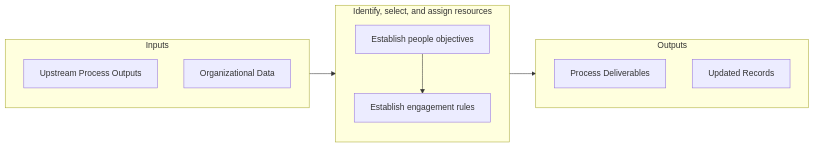
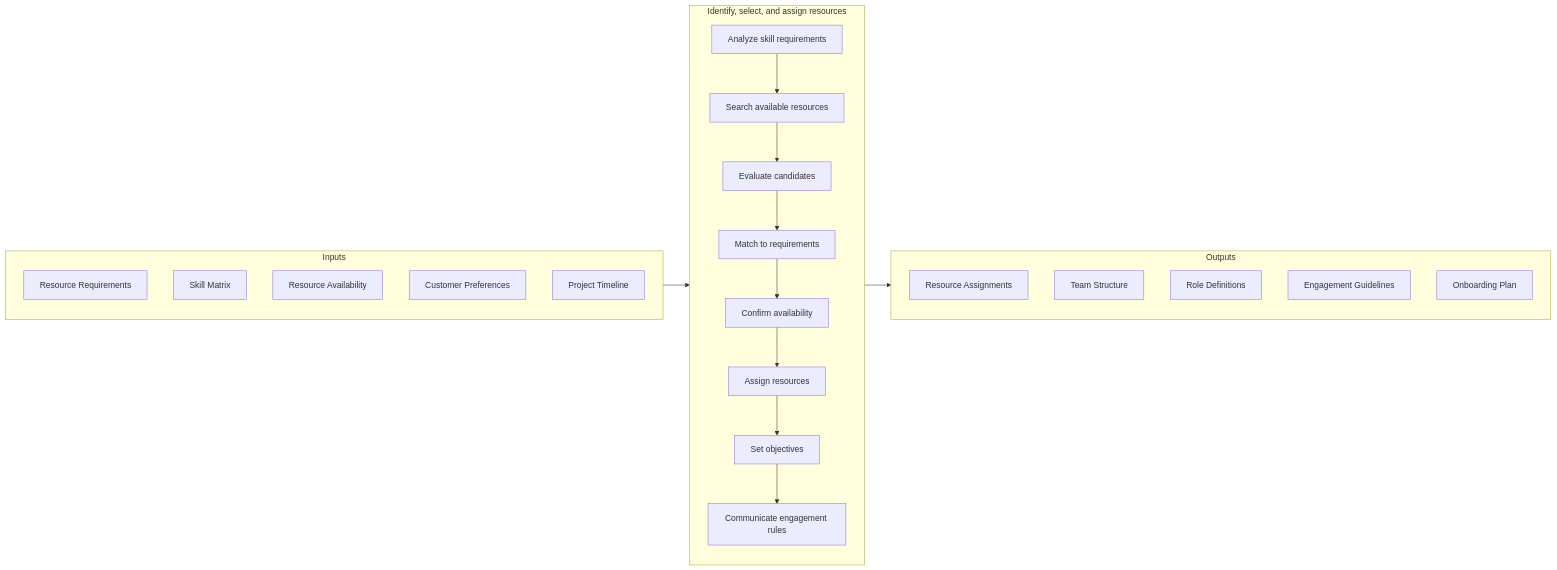
The second of 3 diagrams in processes/05-Services/5.3-DeliverServiceCustomer/5.3.1-InitiateServiceDelivery/5.3.1.6-IdentifySelectAssignResources/index.mdx (kziemski/business.org.ai), drawn with Mermaid before and after one commit. The commit also changed other lines of this file and 67 other files, not shown here.

````diff
--- a/processes/05-Services/5.3-DeliverServiceCustomer/5.3.1-InitiateServiceDelivery/5.3.1.6-IdentifySelectAssignResources/index.mdx
+++ b/processes/05-Services/5.3-DeliverServiceCustomer/5.3.1-InitiateServiceDelivery/5.3.1.6-IdentifySelectAssignResources/index.mdx
@@ -61,20 +66,32 @@
 ```mermaid
 flowchart LR
     subgraph Inputs["Inputs"]
-        I1["Upstream Process Outputs"]
-        I2["Organizational Data"]
+        I1["Resource Requirements"]
+        I2["Skill Matrix"]
+        I3["Resource Availability"]
+        I4["Customer Preferences"]
+        I5["Project Timeline"]
     end
 
     subgraph Process["Identify, select, and assign resources"]
-        S1["Establish people objectives"]
-        S2["Establish engagement rules"]
+        S1["Analyze skill requirements"]
+        S2["Search available resources"]
+        S3["Evaluate candidates"]
+        S4["Match to requirements"]
+        S5["Confirm availability"]
+        S6["Assign resources"]
+        S7["Set objectives"]
+        S8["Communicate engagement rules"]
     end
 
     subgraph Outputs["Outputs"]
-        O1["Process Deliverables"]
-        O2["Updated Records"]
+        O1["Resource Assignments"]
+        O2["Team Structure"]
+        O3["Role Definitions"]
+        O4["Engagement Guidelines"]
+        O5["Onboarding Plan"]
     end
 
     Inputs --> Process --> Outputs
-    S1 --> S2
+    S1 --> S2 --> S3 --> S4 --> S5 --> S6 --> S7 --> S8
 ```
````
